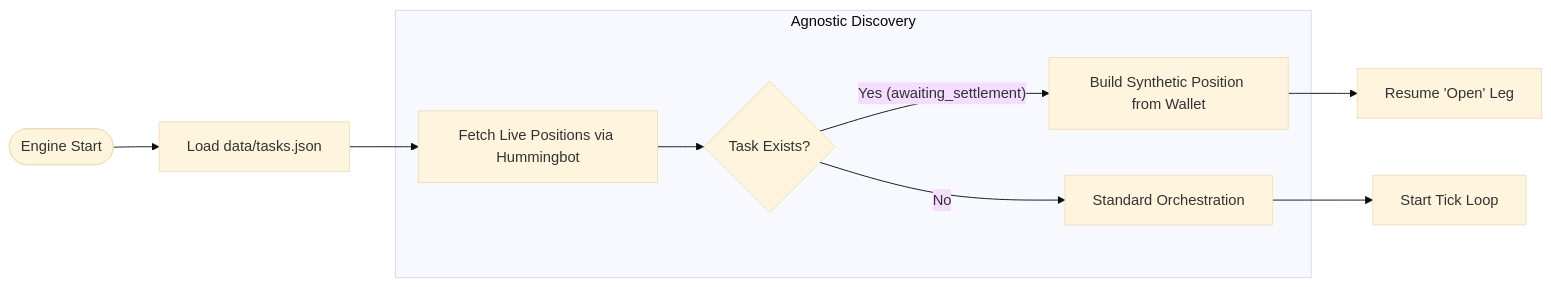
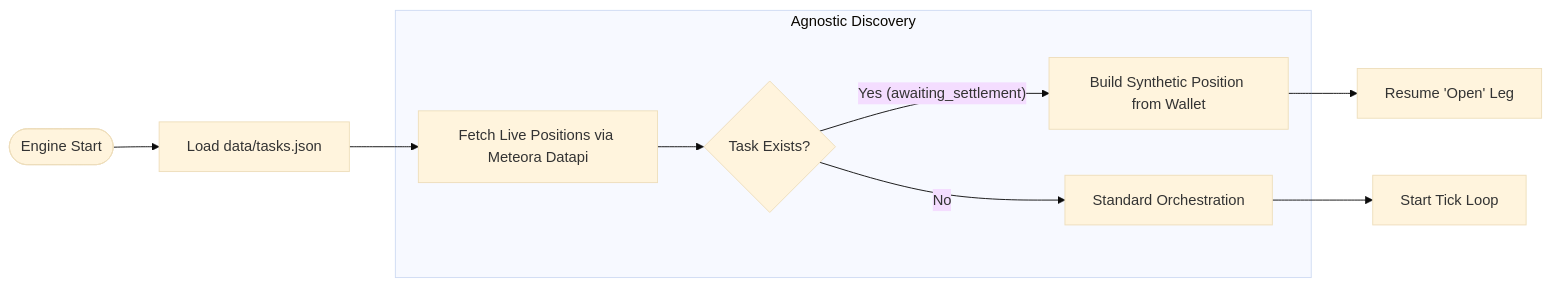
The third of 4 diagrams in docs/ARCHITECTURE.md (romankurnovskii/aria-vega-market-maker), drawn with Mermaid (base theme) before and after one commit. The commit also changed other lines of this file and 4 other files, not shown here.

````diff
--- a/docs/ARCHITECTURE.md
+++ b/docs/ARCHITECTURE.md
@@ -114,14 +121,14 @@
 ```mermaid
 flowchart LR
     Start([Engine Start]) --> LoadTasks[Load data/tasks.json]
-    LoadTasks --> LoadChain[Fetch Live Positions via Hummingbot]
+    LoadTasks --> LoadChain[Fetch Live Positions via Meteora Datapi]
 
     subgraph Discovery_Logic [Agnostic Discovery]
         LoadChain --> Match{Task Exists?}
         Match -- Yes (awaiting_settlement) --> Synth[Build Synthetic Position from Wallet]
         Match -- No --> Active[Standard Orchestration]
     end
 
     Synth --> Resume[Resume 'Open' Leg]
     Active --> Loop[Start Tick Loop]
 ```
````
